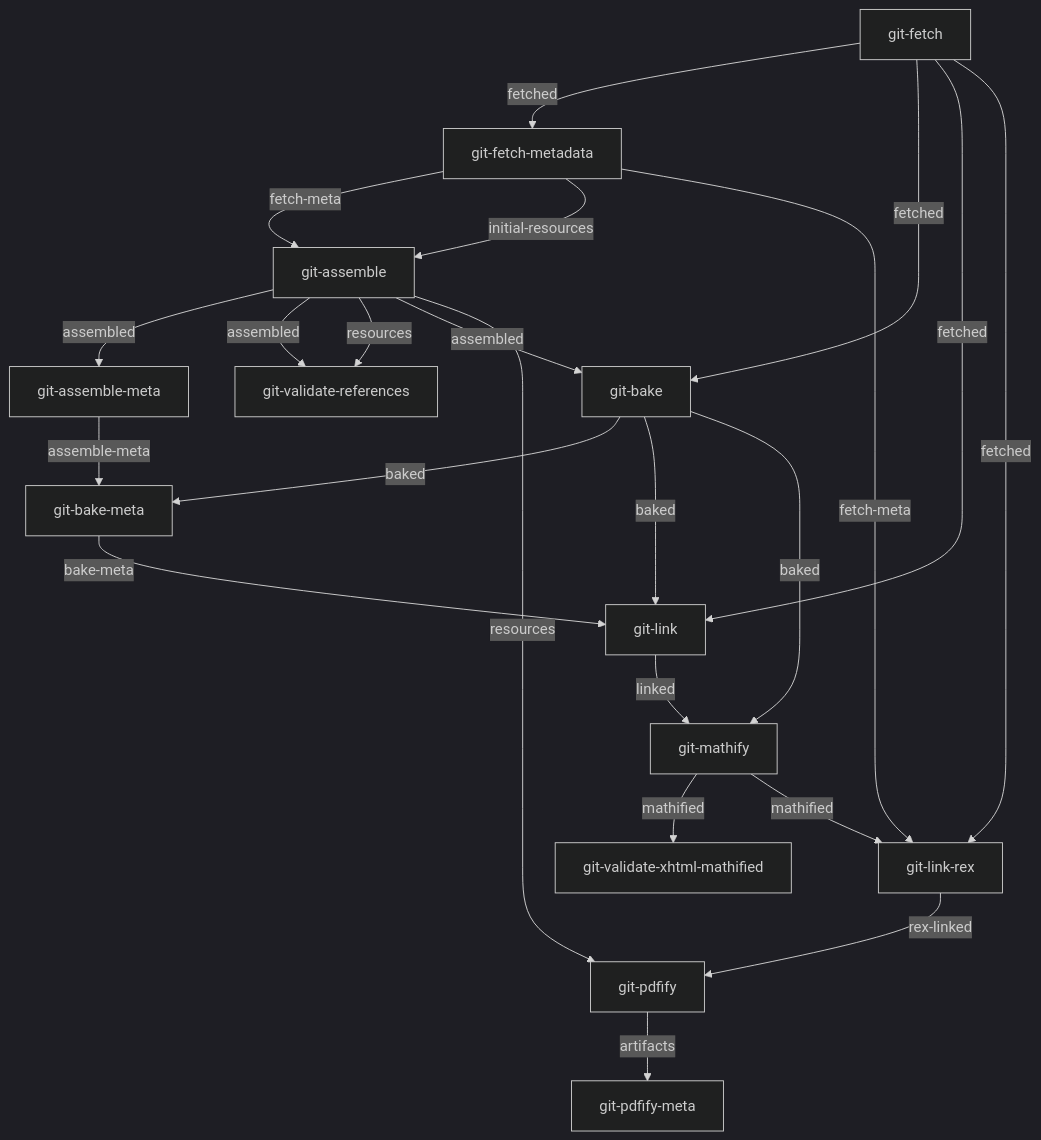
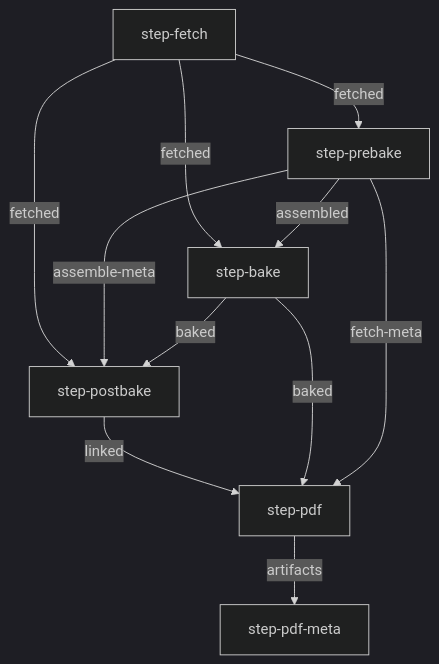
Before and after one commit to openstax/enki: the diagram in README.md, drawn with Mermaid (dark theme). The commit also changed 33 other files, not shown here.

````diff
--- a/README.md
+++ b/README.md
@@ -111,25 +111,13 @@
 ```mermaid
 graph TB
-    git-fetch -- fetched --> git-fetch-metadata
-    git-fetch-metadata -- fetch-meta --> git-assemble
-    git-fetch-metadata -- initial-resources --> git-assemble
-    git-assemble -- assembled --> git-assemble-meta
-    git-assemble -- assembled --> git-validate-references
-    git-assemble -- resources --> git-validate-references
-    git-fetch -- fetched --> git-bake
-    git-assemble -- assembled --> git-bake
-    git-assemble-meta -- assemble-meta --> git-bake-meta
-    git-bake -- baked --> git-bake-meta
-    git-bake -- baked --> git-link
-    git-bake-meta -- bake-meta --> git-link
-    git-fetch -- fetched --> git-link
-    git-link -- linked --> git-mathify
-    git-bake -- baked --> git-mathify
-    git-mathify -- mathified --> git-validate-xhtml-mathified
-    git-mathify -- mathified --> git-link-rex
-    git-fetch -- fetched --> git-link-rex
-    git-fetch-metadata -- fetch-meta --> git-link-rex
-    git-link-rex -- rex-linked --> git-pdfify
-    git-assemble -- resources --> git-pdfify
-    git-pdfify -- artifacts --> git-pdfify-meta
+    step-fetch -- fetched --> step-prebake
+    step-fetch -- fetched --> step-bake
+    step-prebake -- assembled --> step-bake
+    step-fetch -- fetched --> step-postbake
+    step-prebake -- assemble-meta --> step-postbake
+    step-bake -- baked --> step-postbake
+    step-postbake -- linked --> step-pdf
+    step-bake -- baked --> step-pdf
+    step-prebake -- fetch-meta --> step-pdf
+    step-pdf -- artifacts --> step-pdf-meta
 ```
````
